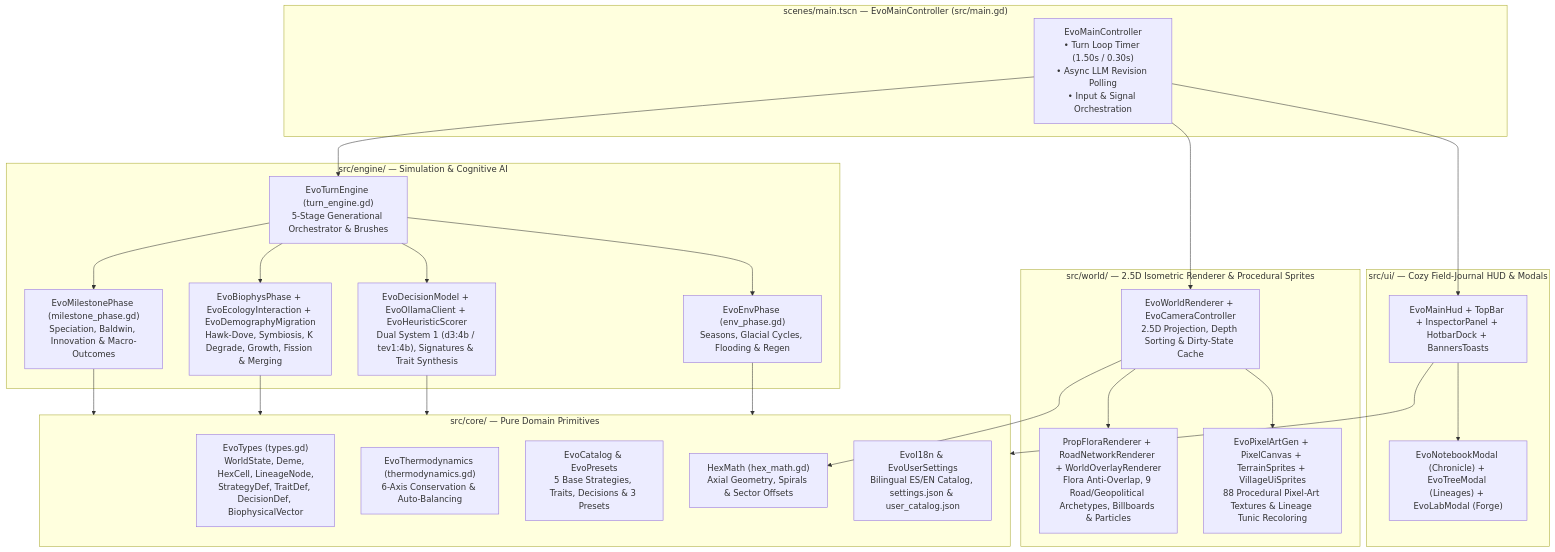
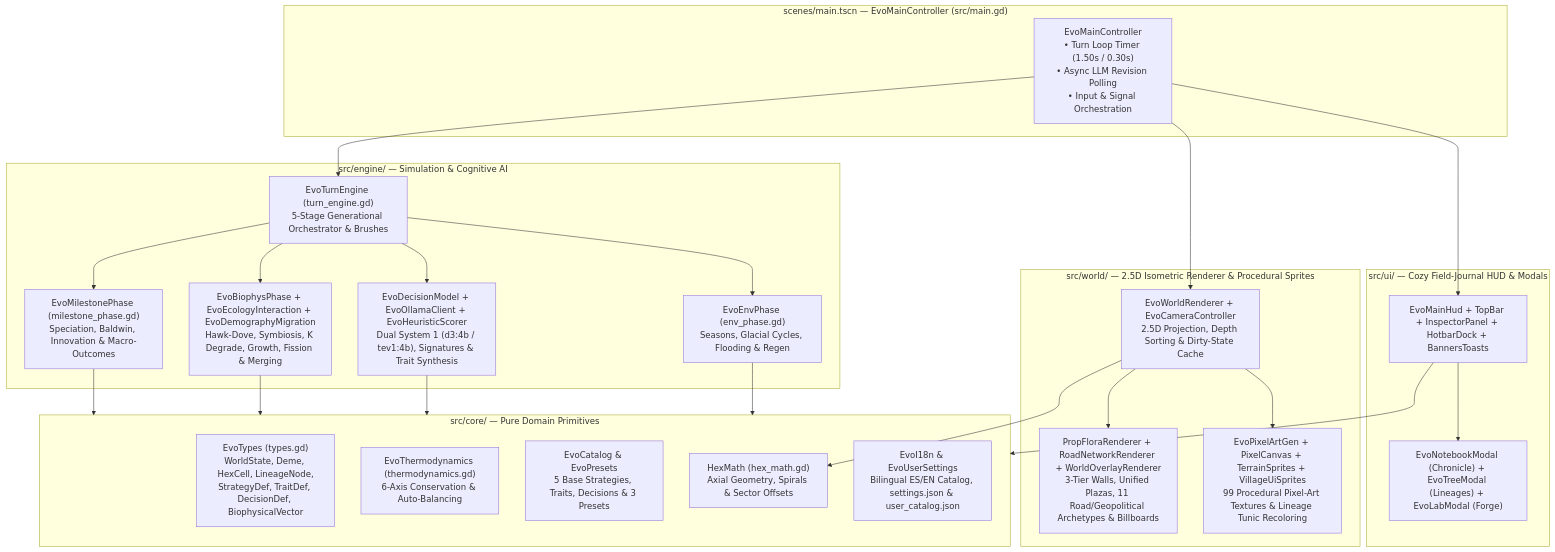
The diagram in gh-pages/architecture_developer.md (arrase/Evolution), drawn with Mermaid before and after one commit. The commit also changed other lines of this file and 35 other files, not shown here.

````diff
--- a/gh-pages/architecture_developer.md
+++ b/gh-pages/architecture_developer.md
@@ -9,41 +9,41 @@
 ```mermaid
 flowchart TD
     subgraph Root ["scenes/main.tscn — EvoMainController (src/main.gd)"]
         Main["EvoMainController\n• Turn Loop Timer (1.50s / 0.30s)\n• Async LLM Revision Polling\n• Input & Signal Orchestration"]
     end
 
     subgraph Core ["src/core/ — Pure Domain Primitives"]
         Types["EvoTypes (types.gd)\nWorldState, Deme, HexCell, LineageNode,\nStrategyDef, TraitDef, DecisionDef, BiophysicalVector"]
         Thermo["EvoThermodynamics (thermodynamics.gd)\n6-Axis Conservation & Auto-Balancing"]
         Catalog["EvoCatalog & EvoPresets\n5 Base Strategies, Traits, Decisions & 3 Presets"]
         HexMath["HexMath (hex_math.gd)\nAxial Geometry, Spirals & Sector Offsets"]
         I18n["EvoI18n & EvoUserSettings\nBilingual ES/EN Catalog, settings.json & user_catalog.json"]
     end
 
     subgraph Engine ["src/engine/ — Simulation & Cognitive AI"]
         Turn["EvoTurnEngine (turn_engine.gd)\n5-Stage Generational Orchestrator & Brushes"]
         Env["EvoEnvPhase (env_phase.gd)\nSeasons, Glacial Cycles, Flooding & Regen"]
         Cog["EvoDecisionModel + EvoOllamaClient + EvoHeuristicScorer\nDual System 1 (d3:4b / tev1:4b), Signatures & Trait Synthesis"]
         Biophys["EvoBiophysPhase + EvoEcologyInteraction + EvoDemographyMigration\nHawk-Dove, Symbiosis, K Degrade, Growth, Fission & Merging"]
         Mile["EvoMilestonePhase (milestone_phase.gd)\nSpeciation, Baldwin, Innovation & Macro-Outcomes"]
     end
 
     subgraph World ["src/world/ — 2.5D Isometric Renderer & Procedural Sprites"]
         Renderer["EvoWorldRenderer + EvoCameraController\n2.5D Projection, Depth Sorting & Dirty-State Cache"]
-        SubRender["PropFloraRenderer + RoadNetworkRenderer + WorldOverlayRenderer\nFlora Anti-Overlap, 9 Road/Geopolitical Archetypes, Billboards & Particles"]
-        Sprites["EvoPixelArtGen + PixelCanvas + TerrainSprites + VillageUiSprites\n88 Procedural Pixel-Art Textures & Lineage Tunic Recoloring"]
+        SubRender["PropFloraRenderer + RoadNetworkRenderer + WorldOverlayRenderer\n3-Tier Walls, Unified Plazas, 11 Road/Geopolitical Archetypes & Billboards"]
+        Sprites["EvoPixelArtGen + PixelCanvas + TerrainSprites + VillageUiSprites\n99 Procedural Pixel-Art Textures & Lineage Tunic Recoloring"]
     end
 
     subgraph UI ["src/ui/ — Cozy Field-Journal HUD & Modals"]
         HUD["EvoMainHud + TopBar + InspectorPanel + HotbarDock + BannersToasts"]
         Modals["EvoNotebookModal (Chronicle) + EvoTreeModal (Lineages) + EvoLabModal (Forge)"]
     end
 
     Main --> Turn
     Main --> Renderer
     Main --> HUD
     Turn --> Env & Cog & Biophys & Mile
     Env & Cog & Biophys & Mile --> Core
     Renderer --> SubRender & Sprites & HexMath
     HUD --> Modals & Core
 ```
````
